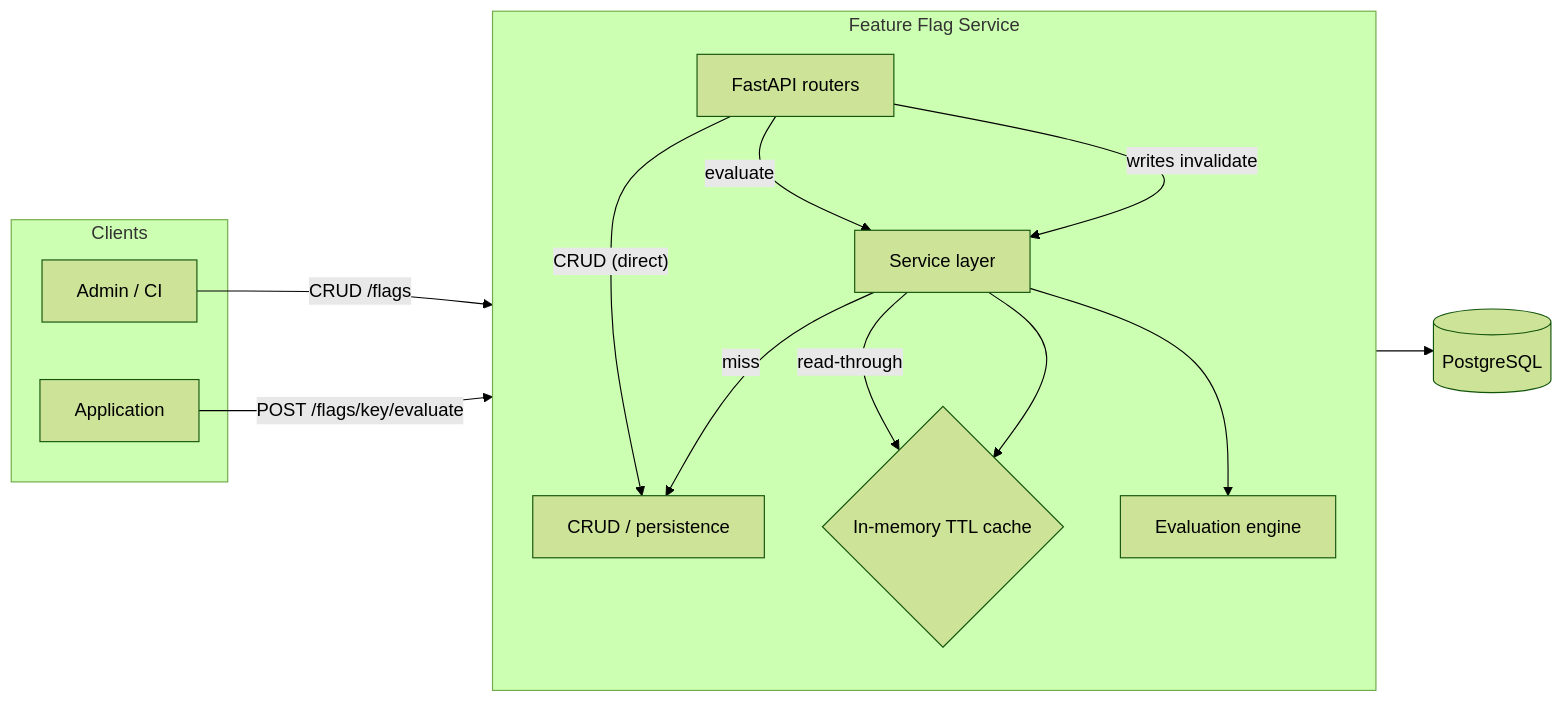
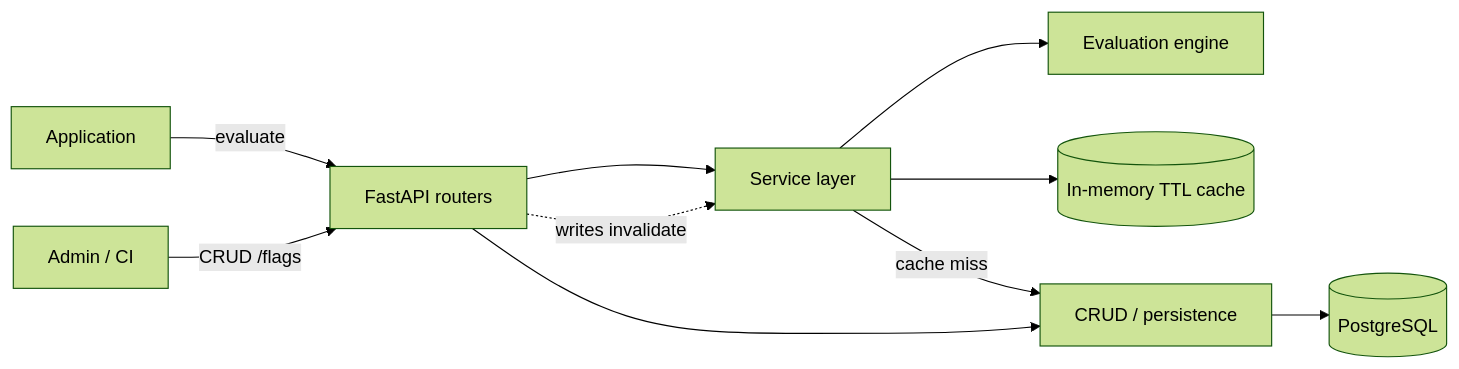
Before and after one commit to snigdha321/feature-flag-service: the first of 3 diagrams in README.md, drawn with Mermaid (forest theme). The commit also changed other lines of this file, not shown here.

Commit message:
docs: simplify architecture diagram in README

````diff
--- a/README.md
+++ b/README.md
@@ -24,29 +29,19 @@
 ```mermaid
 flowchart LR
-    subgraph client [Clients]
-      Admin[Admin / CI]
-      App[Application]
-    end
-
-    subgraph svc [Feature Flag Service]
-      direction TB
-      Router[FastAPI routers]
-      Service[Service layer]
-      Cache{In-memory TTL cache}
-      Eval[Evaluation engine]
-      CRUD[CRUD / persistence]
-    end
-
+    Admin[Admin / CI]
+    App[Application]
+    Router[FastAPI routers]
+    Service[Service layer]
+    Eval[Evaluation engine]
+    Cache[(In-memory TTL cache)]
+    CRUD[CRUD / persistence]
     DB[(PostgreSQL)]
 
-    Admin -->|"CRUD /flags"| Router
-    App -->|"POST /flags/key/evaluate"| Router
-    Router -->|evaluate| Service
-    Router -->|"CRUD (direct)"| CRUD
-    Service -->|read-through| Cache
-    Service -->|miss| CRUD
-    CRUD --> DB
+    App -->|evaluate| Router --> Service
+    Service --> Cache
+    Service -->|cache miss| CRUD
     Service --> Eval
-    Router -->|"writes invalidate"| Service
-    Service --> Cache
+
+    Admin -->|CRUD /flags| Router --> CRUD --> DB
+    Router -.->|writes invalidate| Service
 ```
````
